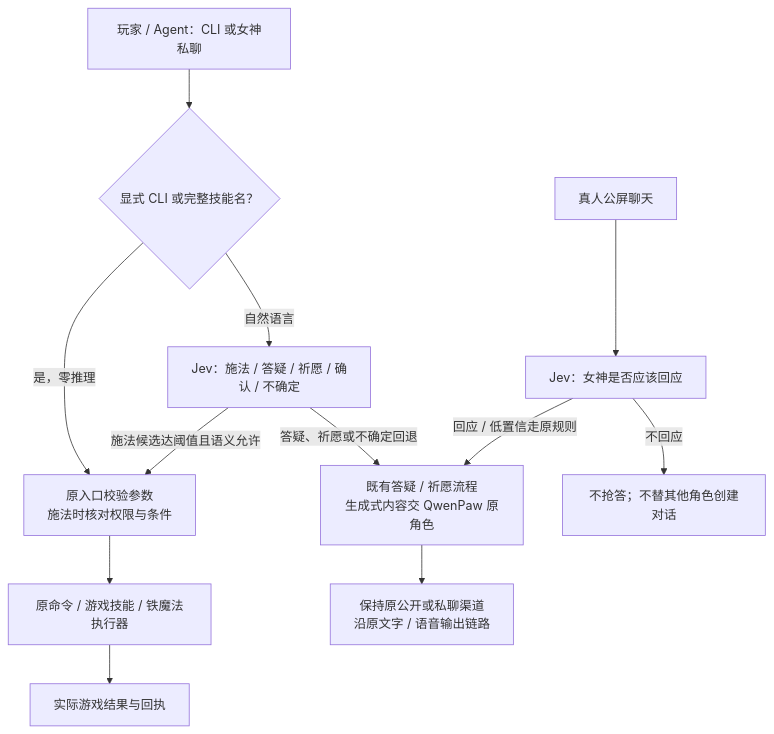
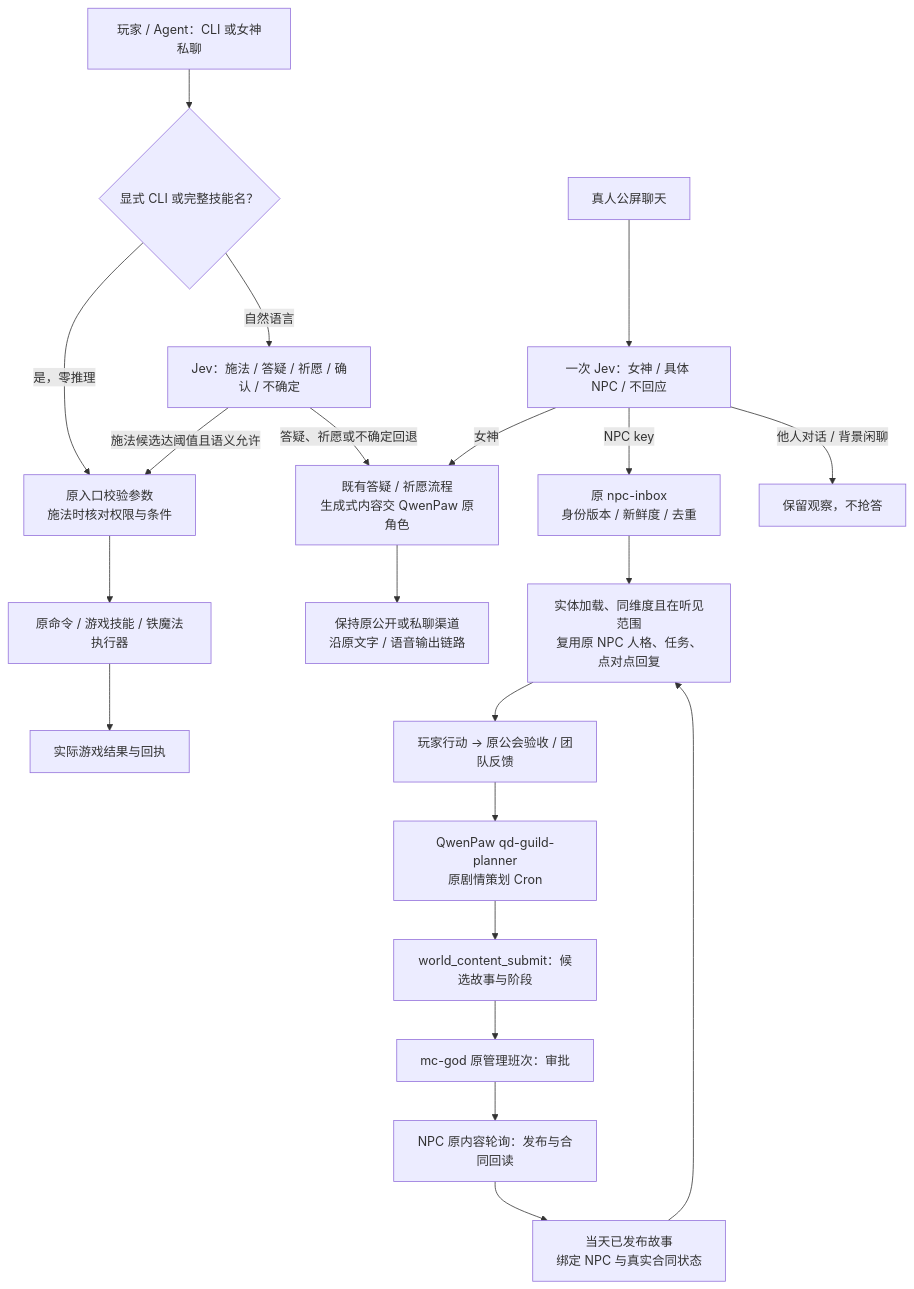
One commit to jcs130/minecraft-ai-friend changed the fourth of 5 diagrams in README.md. Above: the diagram before and after it, drawn with Mermaid. The commit also changed other lines of this file and 17 other files, not shown here.

Commit message:
feat: route public chat to NPCs and connect published storylines

````diff
--- a/README.md
+++ b/README.md
@@ -141,14 +141,23 @@
 ```mermaid
 flowchart TD
     P["玩家 / Agent：CLI 或女神私聊"] --> EXACT{"显式 CLI 或完整技能名？"}
     EXACT -->|是，零推理| VALID["原入口校验参数<br/>施法时核对权限与条件"]
     EXACT -->|自然语言| PRIVATE["Jev：施法 / 答疑 / 祈愿 / 确认 / 不确定"]
     PRIVATE -->|施法候选达阈值且语义允许| VALID
     PRIVATE -->|答疑、祈愿或不确定回退| CHAT["既有答疑 / 祈愿流程<br/>生成式内容交 QwenPaw 原角色"]
     VALID --> EXEC["原命令 / 游戏技能 / 铁魔法执行器"]
     EXEC --> RESULT["实际游戏结果与回执"]
-    PUB["真人公屏聊天"] --> PUBLIC["Jev：女神是否应该回应"]
-    PUBLIC -->|回应 / 低置信走原规则| CHAT
-    PUBLIC -->|不回应| KEEP["不抢答；不替其他角色创建对话"]
+    PUB["真人公屏聊天"] --> PUBLIC["一次 Jev：女神 / 具体 NPC / 不回应"]
+    PUBLIC -->|女神| CHAT
+    PUBLIC -->|NPC key| INBOX["原 npc-inbox<br/>身份版本 / 新鲜度 / 去重"]
+    INBOX --> NPC["实体加载、同维度且在听见范围<br/>复用原 NPC 人格、任务、点对点回复"]
+    PUBLIC -->|他人对话 / 背景闲聊| KEEP["保留观察，不抢答"]
+    DESIGN["QwenPaw qd-guild-planner<br/>原剧情策划 Cron"] --> PROPOSE["world_content_submit：候选故事与阶段"]
+    PROPOSE --> APPROVE["mc-god 原管理班次：审批"]
+    APPROVE --> PUBLISH["NPC 原内容轮询：发布与合同回读"]
+    PUBLISH --> STORY["当天已发布故事<br/>绑定 NPC 与真实合同状态"]
+    STORY --> NPC
+    NPC --> FEEDBACK["玩家行动 → 原公会验收 / 团队反馈"]
+    FEEDBACK --> DESIGN
     CHAT --> OUT["保持原公开或私聊渠道<br/>沿原文字 / 语音输出链路"]
 ```
````
